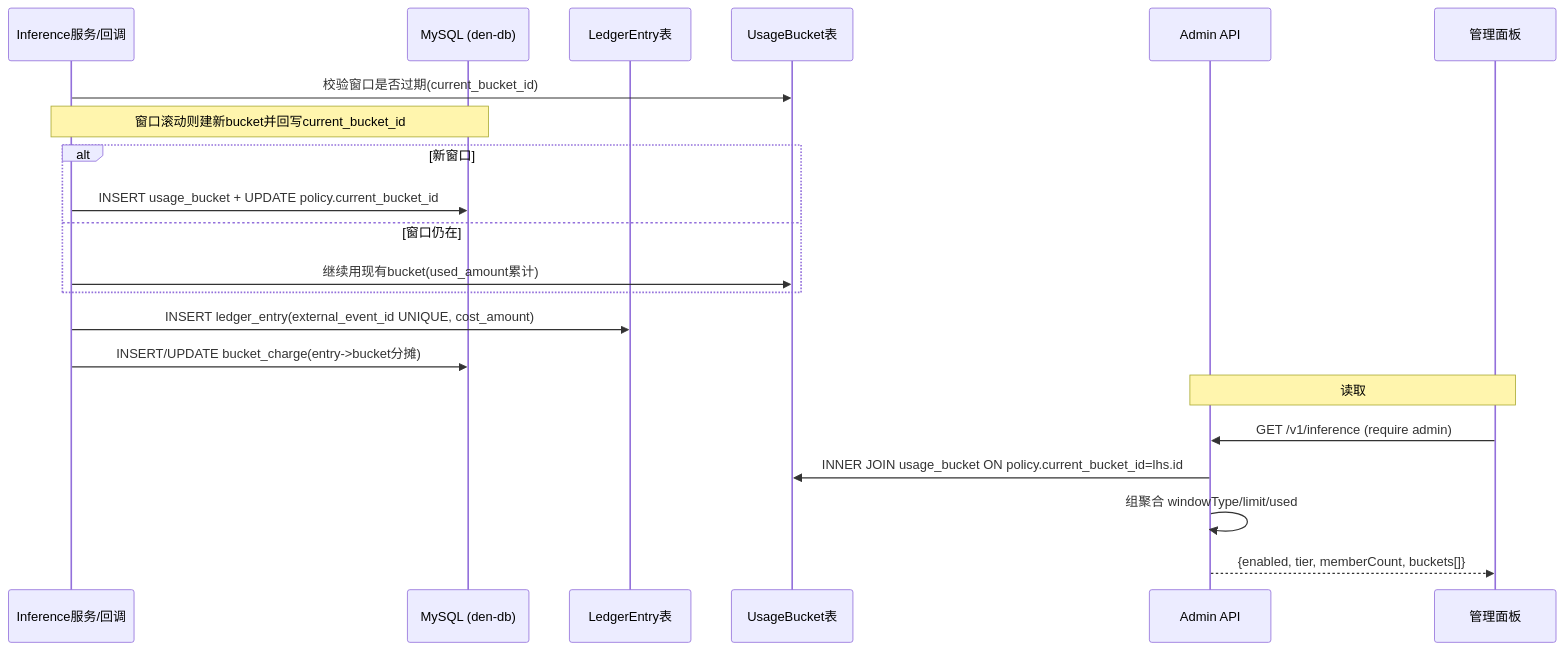
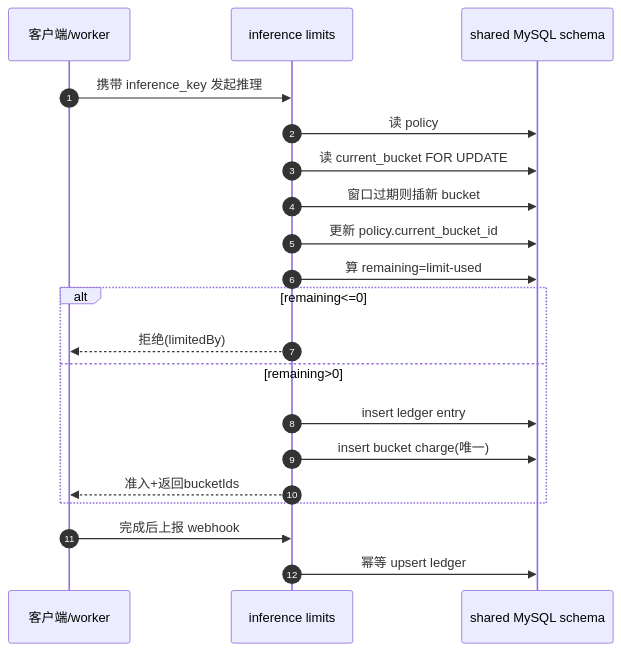
The second of 3 diagrams in ai-agent/openwork/data-model.md (morehao/oss-insights), drawn with Mermaid before and after one commit. The commit also changed other lines of this file and 10 other files, not shown here.

````diff
--- a/ai-agent/openwork/data-model.md
+++ b/ai-agent/openwork/data-model.md
@@ -437,24 +399,22 @@
 ```mermaid
 sequenceDiagram
-  participant IM as Inference服务/回调
-  participant DB as MySQL (den-db)
-  participant LS as LedgerEntry表
-  participant BS as UsageBucket表
-  participant AP as Admin API
-  participant UI as 管理面板
-
-  IM->>BS: 校验窗口是否过期(current_bucket_id)
-  Note over IM,DB: 窗口滚动则建新bucket并回写current_bucket_id
-  alt 新窗口
-    IM->>DB: INSERT usage_bucket + UPDATE policy.current_bucket_id
-  else 窗口仍在
-    IM->>BS: 继续用现有bucket(used_amount累计)
+  autonumber
+  participant C as 客户端/worker
+  participant I as inference limits
+  participant DB as shared MySQL schema
+  C->>I: 携带 inference_key 发起推理
+  I->>DB: 读 policy
+  I->>DB: 读 current_bucket FOR UPDATE
+  I->>DB: 窗口过期则插新 bucket
+  I->>DB: 更新 policy.current_bucket_id
+  I->>DB: 算 remaining=limit-used
+  alt remaining<=0
+    I-->>C: 拒绝(limitedBy)
+  else remaining>0
+    I->>DB: insert ledger entry
+    I->>DB: insert bucket charge(唯一)
+    I-->>C: 准入+返回bucketIds
   end
-  IM->>LS: INSERT ledger_entry(external_event_id UNIQUE, cost_amount)
-  IM->>DB: INSERT/UPDATE bucket_charge(entry->bucket分摊)
-  Note over AP,UI: 读取
-  UI->>AP: GET /v1/inference (require admin)
-  AP->>BS: INNER JOIN usage_bucket ON policy.current_bucket_id=lhs.id
-  AP->>AP: 组聚合 windowType/limit/used
-  AP-->>UI: {enabled, tier, memberCount, buckets[]}
+  C->>I: 完成后上报 webhook
+  I->>DB: 幂等 upsert ledger
 ```
````
